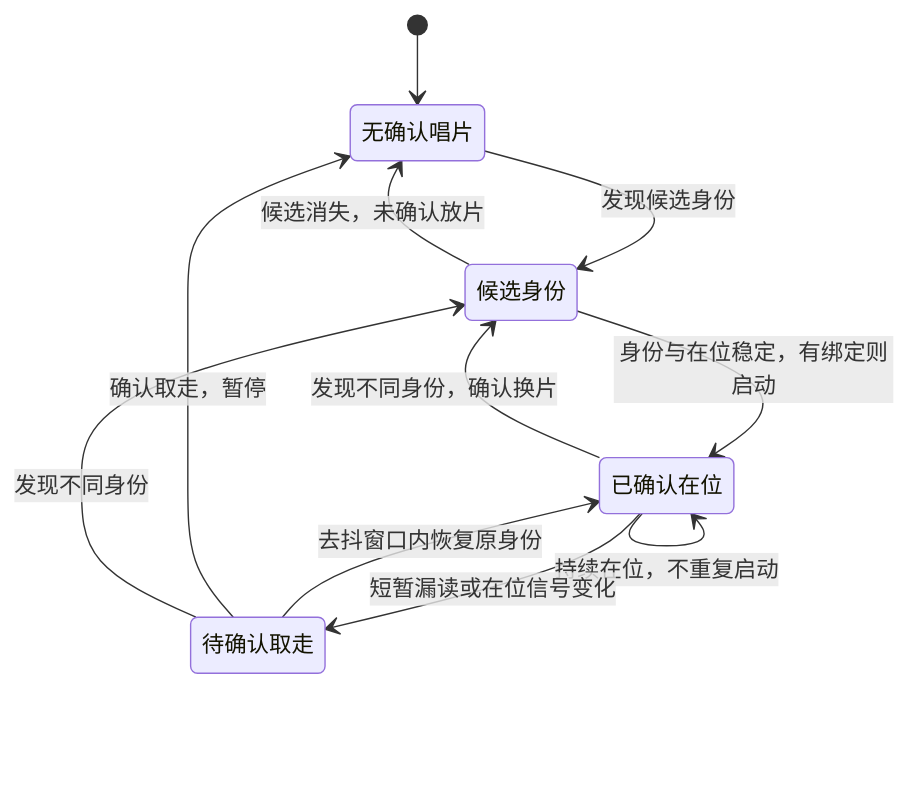
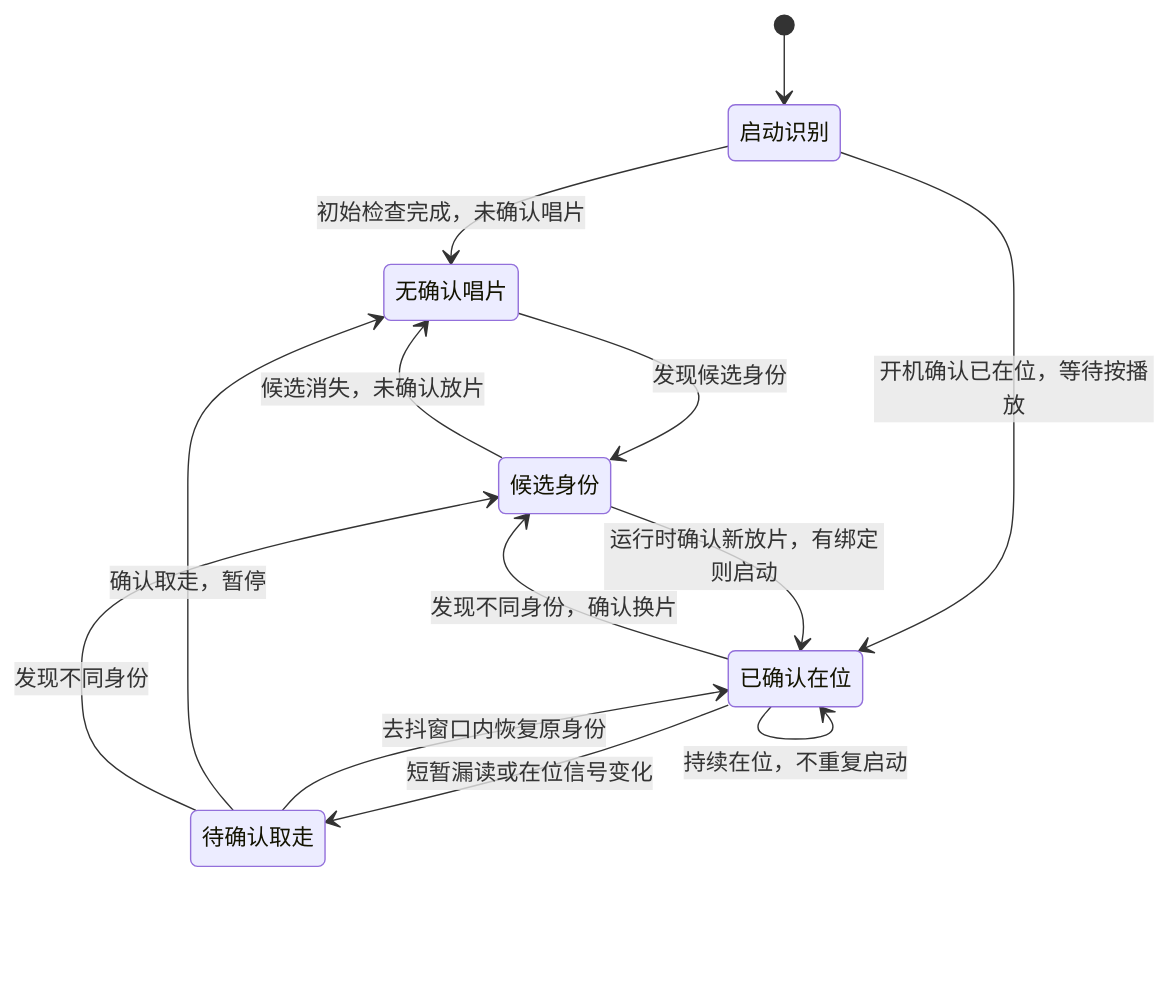
One commit to yigencong-1/record-companion changed the diagram in features/records/README.md. Above: the diagram before and after it, drawn with Mermaid. The commit also changed other lines of this file and 5 other files, not shown here.

````diff
--- a/features/records/README.md
+++ b/features/records/README.md
@@ -17,17 +18,20 @@
 ```mermaid
 stateDiagram-v2
+    state "启动识别" as Boot
     state "无确认唱片" as Empty
     state "候选身份" as PresentCandidate
     state "已确认在位" as InPlace
     state "待确认取走" as RemovalCandidate
-    [*] --> Empty
+    [*] --> Boot
+    Boot --> Empty: 初始检查完成，未确认唱片
+    Boot --> InPlace: 开机确认已在位，等待按播放
     Empty --> PresentCandidate: 发现候选身份
-    PresentCandidate --> InPlace: 身份与在位稳定，有绑定则启动
+    PresentCandidate --> InPlace: 运行时确认新放片，有绑定则启动
     PresentCandidate --> Empty: 候选消失，未确认放片
     InPlace --> InPlace: 持续在位，不重复启动
     InPlace --> RemovalCandidate: 短暂漏读或在位信号变化
     RemovalCandidate --> InPlace: 去抖窗口内恢复原身份
     RemovalCandidate --> Empty: 确认取走，暂停
     InPlace --> PresentCandidate: 发现不同身份，确认换片
     RemovalCandidate --> PresentCandidate: 发现不同身份
 ```
````
